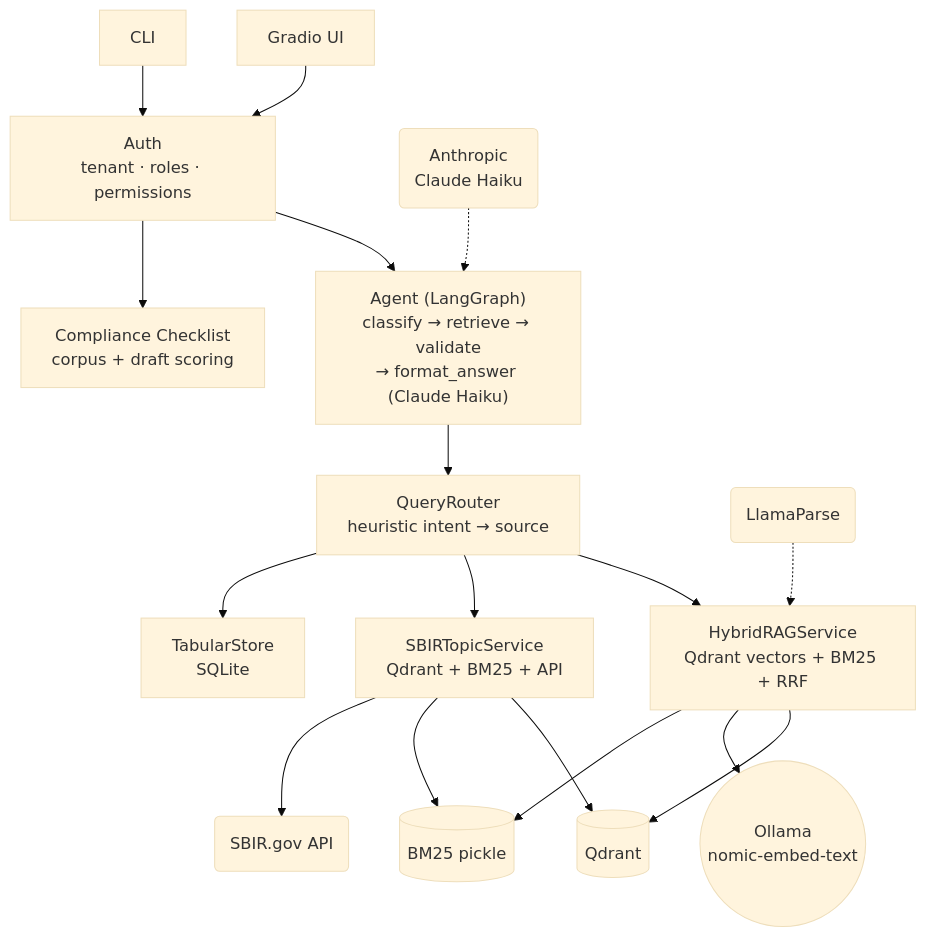
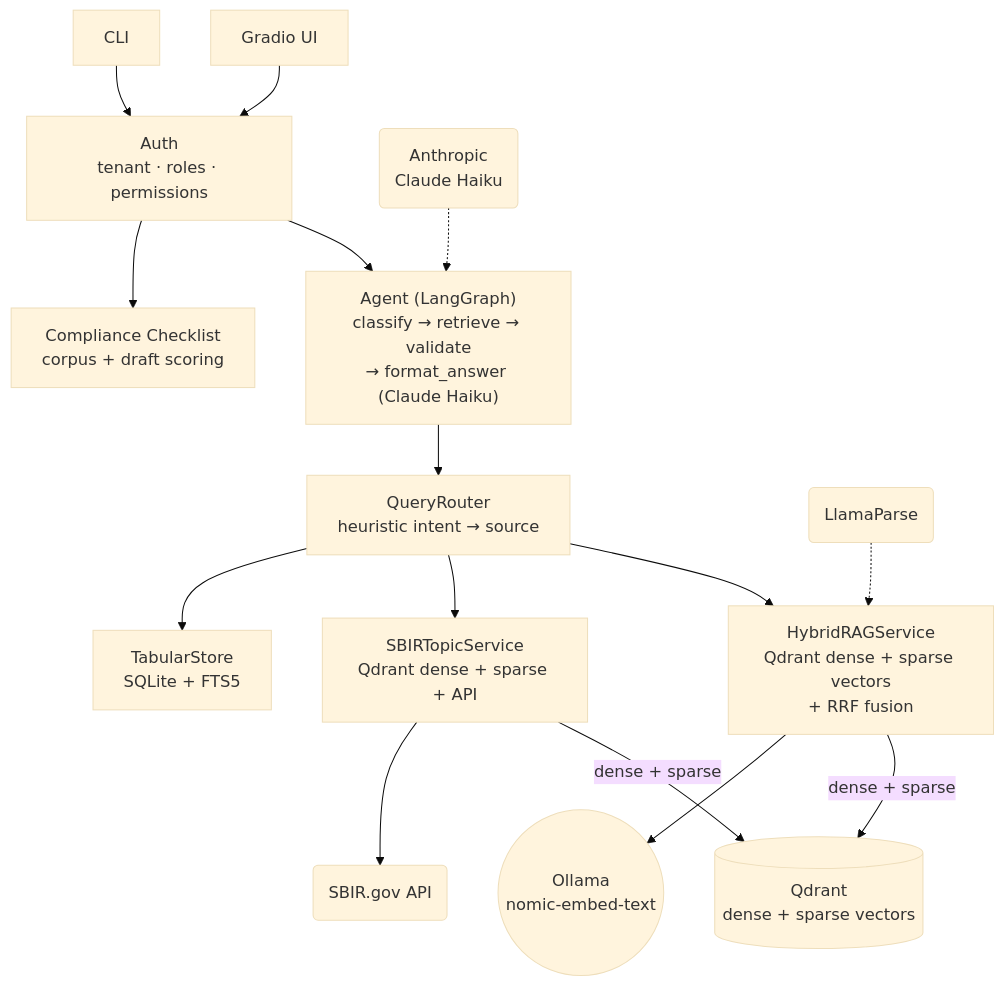
One commit to DimasDuran/GovGrant-AI changed the diagram in README.md. Above: the diagram before and after it, drawn with Mermaid (base theme). The commit also changed other lines of this file, not shown here.

Commit message:
docs: update README diagram and references for Qdrant sparse vectors + FTS5

````diff
--- a/README.md
+++ b/README.md
@@ -7,45 +7,42 @@
 ```mermaid
 graph TB
     %% Entry points
     UI["Gradio UI"]
     CLI["CLI"]
 
     %% Auth
     AUTH["Auth<br/>tenant · roles · permissions"]
 
     %% Two main paths
     AGENT["Agent (LangGraph)<br/>classify → retrieve → validate<br/>→ format_answer (Claude Haiku)"]
     CHECKLIST["Compliance Checklist<br/>corpus + draft scoring"]
 
     %% Router + RAG
     ROUTER["QueryRouter<br/>heuristic intent → source"]
-    HR["HybridRAGService<br/>Qdrant vectors + BM25 + RRF"]
-    SBIR["SBIRTopicService<br/>Qdrant + BM25 + API"]
-    TABULAR["TabularStore<br/>SQLite"]
+    HR["HybridRAGService<br/>Qdrant dense + sparse vectors<br/>+ RRF fusion"]
+    SBIR["SBIRTopicService<br/>Qdrant dense + sparse + API"]
+    TABULAR["TabularStore<br/>SQLite + FTS5"]
 
-    %% External
-    QD[(Qdrant)]
+    %% External / infra
+    QD[(Qdrant<br/>dense + sparse vectors)]
     OLL(("Ollama<br/>nomic-embed-text"))
     LLAMA("LlamaParse")
     ANTH("Anthropic<br/>Claude Haiku")
     SBIRAPI("SBIR.gov API")
-    BM25[(BM25 pickle)]
 
     %% Flows
     UI --> AUTH
     CLI --> AUTH
     AUTH --> AGENT
     AUTH --> CHECKLIST
     AGENT --> ROUTER
     ROUTER --> HR
     ROUTER --> SBIR
     ROUTER --> TABULAR
-    HR --> QD
+    HR -->|dense + sparse| QD
     HR --> OLL
-    HR --> BM25
-    SBIR --> QD
-    SBIR --> BM25
+    SBIR -->|dense + sparse| QD
     SBIR --> SBIRAPI
     LLAMA -.-> HR
     ANTH -.-> AGENT
 ```
````
